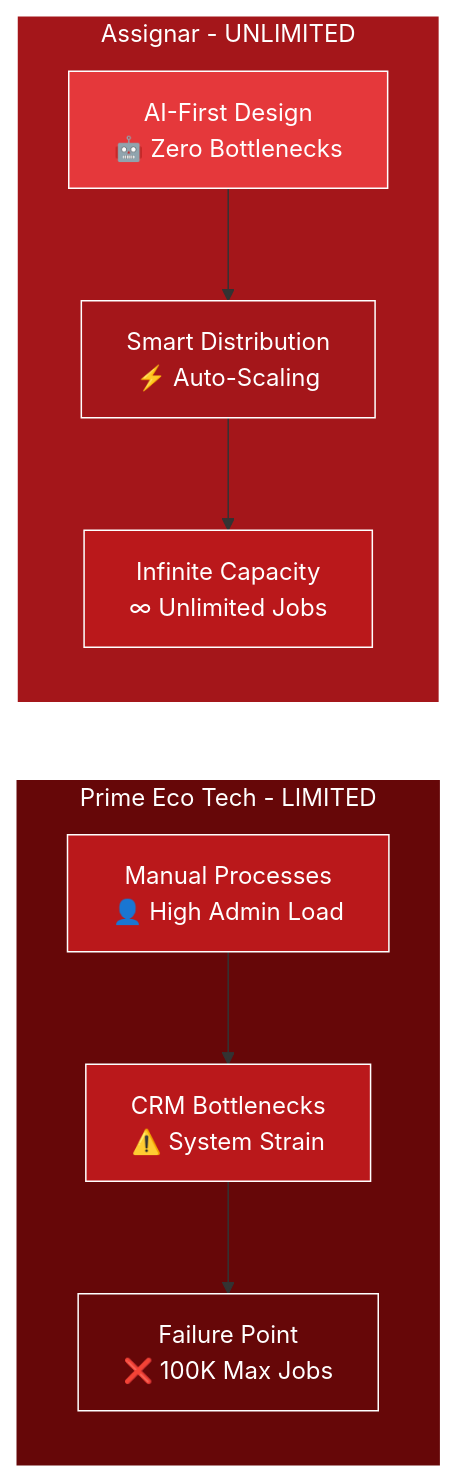
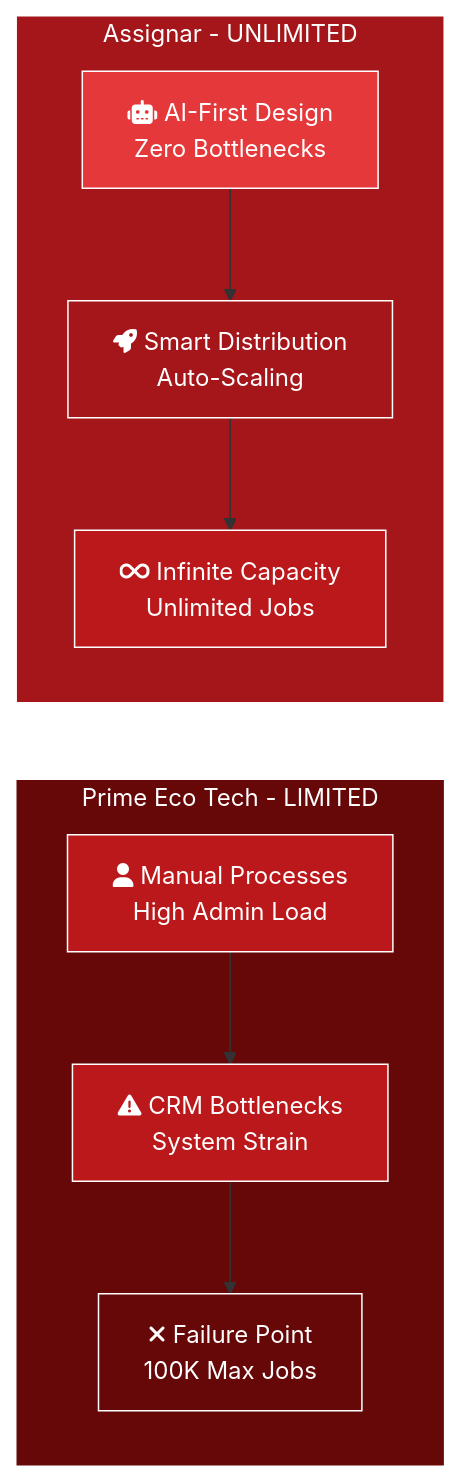
The second of 5 diagrams in assigner-deck/slides.md (mishaal79/assigner-deck), drawn with Mermaid before and after one commit. The commit also changed other lines of this file and 4 other files, not shown here.

````diff
--- a/assigner-deck/slides.md
+++ b/assigner-deck/slides.md
@@ -357,25 +359,25 @@
 ```mermaid
 flowchart LR
     subgraph P["Prime Eco Tech - LIMITED"]
-        P1["Manual Processes<br/>👤 High Admin Load"]
-        P2["CRM Bottlenecks<br/>⚠️ System Strain"]
-        P3["Failure Point<br/>❌ 100K Max Jobs"]
+        P1["fa:fa-user Manual Processes<br/>High Admin Load"]
+        P2["fa:fa-exclamation-triangle CRM Bottlenecks<br/>System Strain"]
+        P3["fa:fa-times Failure Point<br/>100K Max Jobs"]
         P1 --> P2 --> P3
     end
 
     subgraph A["Assignar - UNLIMITED"]
-        A1["AI-First Design<br/>🤖 Zero Bottlenecks"]
-        A2["Smart Distribution<br/>⚡ Auto-Scaling"]
-        A3["Infinite Capacity<br/>∞ Unlimited Jobs"]
+        A1["fa:fa-robot AI-First Design<br/>Zero Bottlenecks"]
+        A2["fa:fa-rocket Smart Distribution<br/>Auto-Scaling"]
+        A3["fa:fa-infinity Infinite Capacity<br/>Unlimited Jobs"]
         A1 --> A2 --> A3
     end
 
     style P fill:#660708,stroke:#FFFFFF,stroke-width:2px,color:#FFFFFF
     style A fill:#A4161A,stroke:#FFFFFF,stroke-width:2px,color:#FFFFFF
     style P1 fill:#BA181B,stroke:#FFFFFF,color:#FFFFFF
     style P2 fill:#BA181B,stroke:#FFFFFF,color:#FFFFFF
     style P3 fill:#660708,stroke:#FFFFFF,color:#FFFFFF
     style A1 fill:#E5383B,stroke:#FFFFFF,color:#FFFFFF
     style A2 fill:#A4161A,stroke:#FFFFFF,color:#FFFFFF
     style A3 fill:#BA181B,stroke:#FFFFFF,color:#FFFFFF
 ```
````
